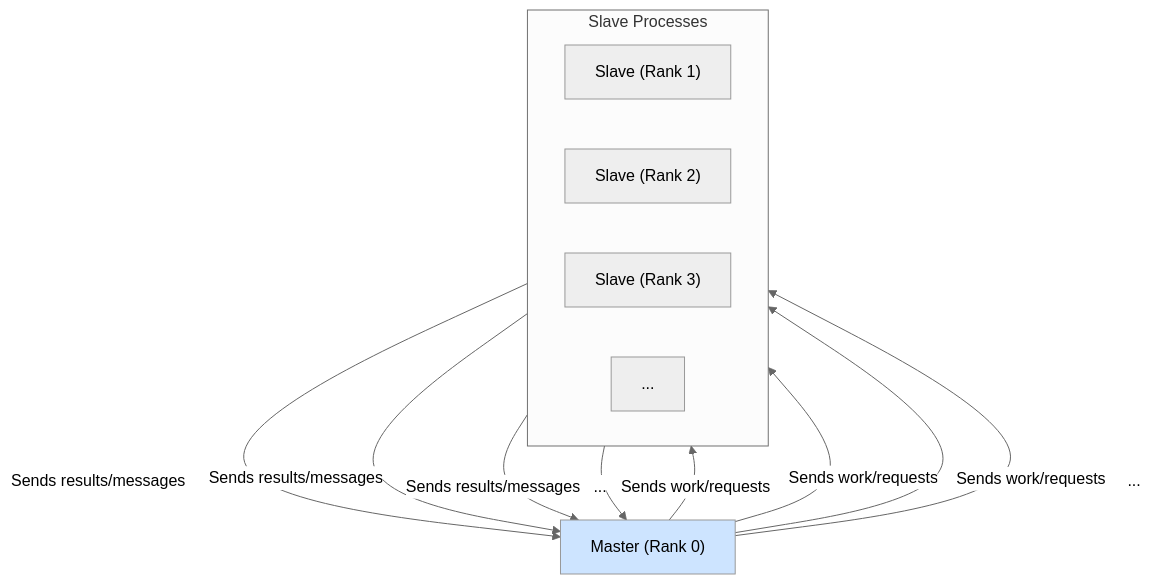
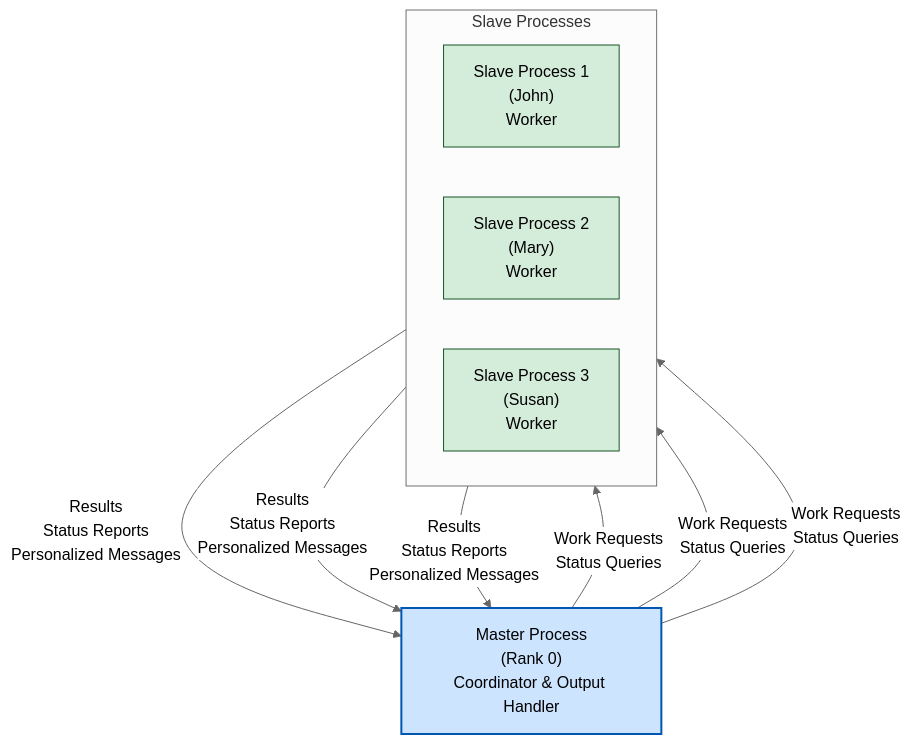
Before and after one commit to matthewloh/6004cem: the third of 8 diagrams in 6004CEM_FINAL_SUBMISSION/TASK2B_DISTRIBUTED_PORTFOLIO/DOCUMENTATION/SCREENSHOTS_AND_DIAGRAMS.md, drawn with Mermaid (neutral theme). The commit also changed other lines of this file and 1 other file, not shown here.

````diff
--- a/6004CEM_FINAL_SUBMISSION/TASK2B_DISTRIBUTED_PORTFOLIO/DOCUMENTATION/SCREENSHOTS_AND_DIAGRAMS.md
+++ b/6004CEM_FINAL_SUBMISSION/TASK2B_DISTRIBUTED_PORTFOLIO/DOCUMENTATION/SCREENSHOTS_AND_DIAGRAMS.md
@@ -105,24 +92,24 @@
 ```mermaid
 graph TD
-    Master["Master (Rank 0)"]
+    Master["Master Process<br/>(Rank 0)<br/>Coordinator & Output Handler"]
     
     subgraph "Slave Processes"
         direction LR
-        Slave1["Slave (Rank 1)"]
-        Slave2["Slave (Rank 2)"]
-        Slave3["Slave (Rank 3)"]
-        SlaveN["..."]
+        Slave1["Slave Process 1<br/>(John)<br/>Worker"]
+        Slave2["Slave Process 2<br/>(Mary)<br/>Worker"]
+        Slave3["Slave Process 3<br/>(Susan)<br/>Worker"]
     end
 
-    Master -- "Sends work/requests" --> Slave1;
-    Master -- "Sends work/requests" --> Slave2;
-    Master -- "Sends work/requests" --> Slave3;
-    Master -- "..." --> SlaveN
+    Master -- "Work Requests<br/>Status Queries" --> Slave1;
+    Master -- "Work Requests<br/>Status Queries" --> Slave2;
+    Master -- "Work Requests<br/>Status Queries" --> Slave3;
 
-    Slave1 -- "Sends results/messages" --> Master;
-    Slave2 -- "Sends results/messages" --> Master;
-    Slave3 -- "Sends results/messages" --> Master;
-    SlaveN -- "..." --> Master;
+    Slave1 -- "Results<br/>Status Reports<br/>Personalized Messages" --> Master;
+    Slave2 -- "Results<br/>Status Reports<br/>Personalized Messages" --> Master;
+    Slave3 -- "Results<br/>Status Reports<br/>Personalized Messages" --> Master;
 
-    style Master fill:#cde4ff
+    style Master fill:#cde4ff,stroke:#0056b3,stroke-width:2px
+    style Slave1 fill:#d4edda,stroke:#155724,stroke-width:1px
+    style Slave2 fill:#d4edda,stroke:#155724,stroke-width:1px
+    style Slave3 fill:#d4edda,stroke:#155724,stroke-width:1px
 ```
````
